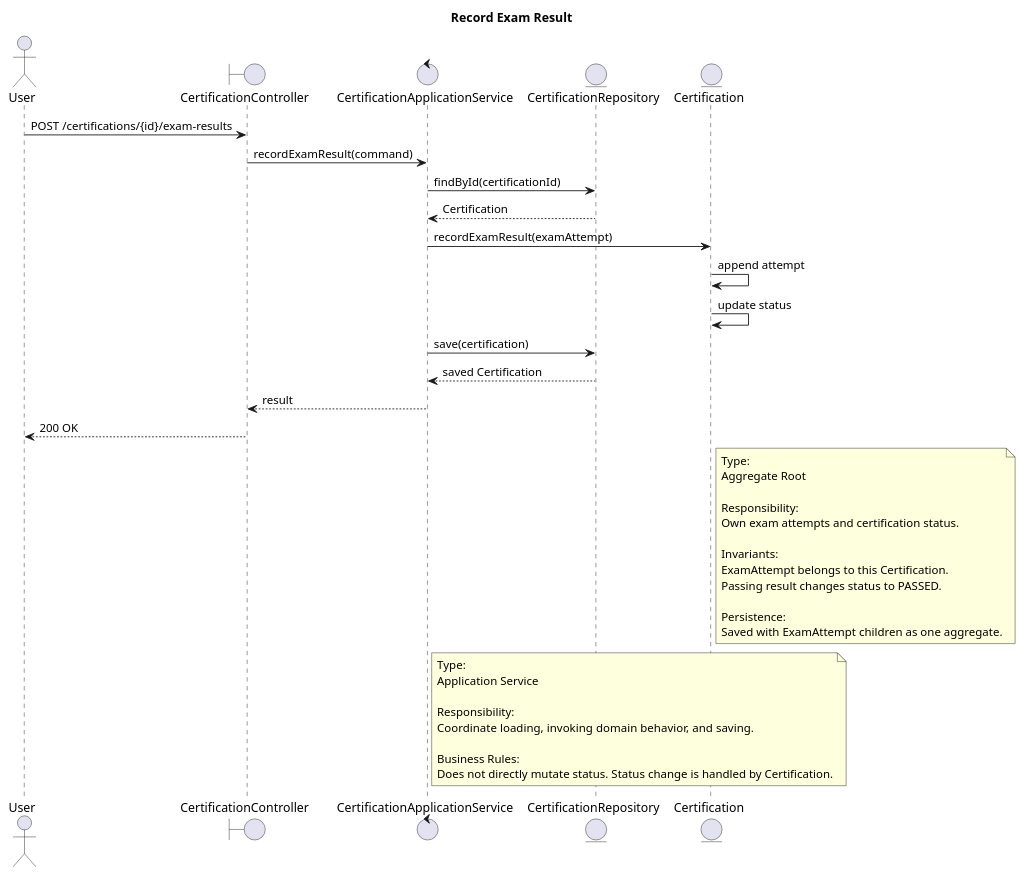
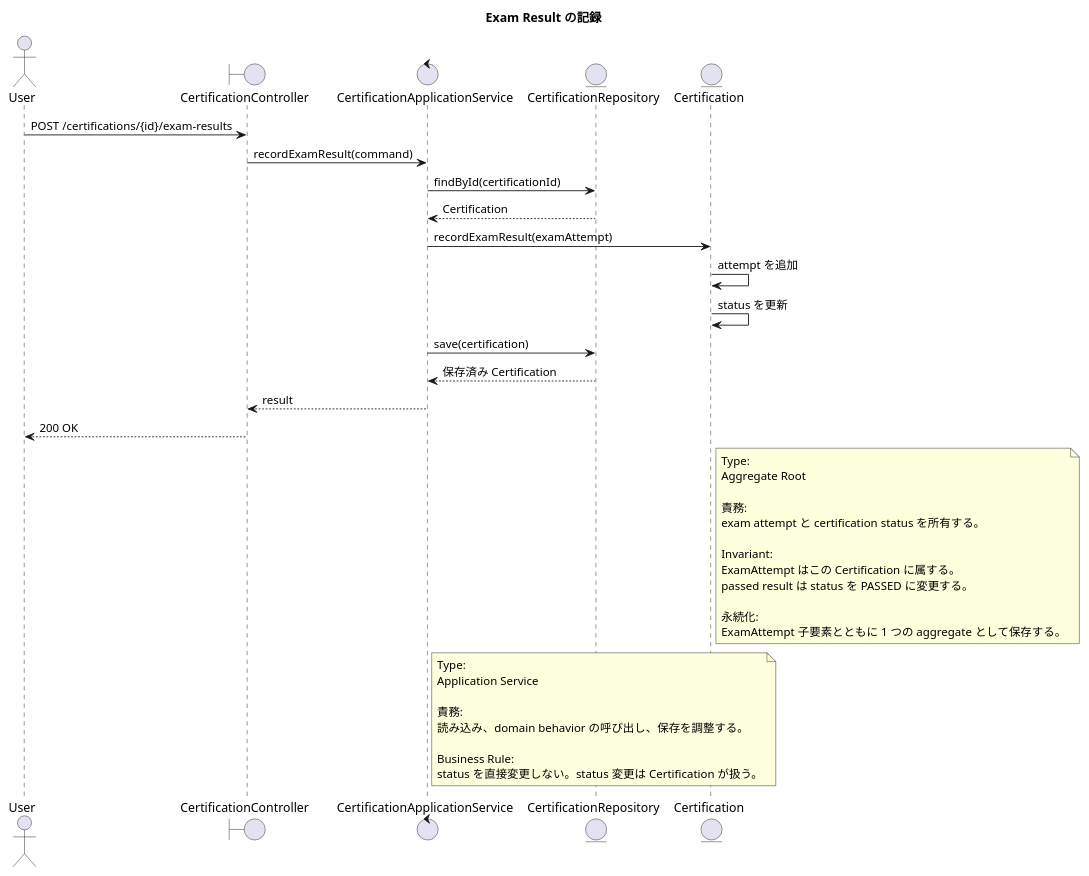
The diagram in docs/plantuml/sequence/record-exam-result.puml (watanabe-1/ai-ddd-devtrack), drawn with PlantUML before and after one commit. The commit also changed other lines of this file and 9 other files, not shown here.

```diff
--- a/docs/plantuml/sequence/record-exam-result.puml
+++ b/docs/plantuml/sequence/record-exam-result.puml
@@ -1,48 +1,48 @@
 @startuml
-title Record Exam Result
+title Exam Result の記録
 
 actor User
 boundary "CertificationController" as Controller
 control "CertificationApplicationService" as App
 entity "CertificationRepository" as Repo
 entity "Certification" as Certification
 
 User -> Controller : POST /certifications/{id}/exam-results
 Controller -> App : recordExamResult(command)
 App -> Repo : findById(certificationId)
 Repo --> App : Certification
 App -> Certification : recordExamResult(examAttempt)
-Certification -> Certification : append attempt
-Certification -> Certification : update status
+Certification -> Certification : attempt を追加
+Certification -> Certification : status を更新
 App -> Repo : save(certification)
-Repo --> App : saved Certification
+Repo --> App : 保存済み Certification
 App --> Controller : result
 Controller --> User : 200 OK
 
 note right of Certification
 Type:
 Aggregate Root
 
-Responsibility:
-Own exam attempts and certification status.
+責務:
+exam attempt と certification status を所有する。
 
-Invariants:
-ExamAttempt belongs to this Certification.
-Passing result changes status to PASSED.
+Invariant:
+ExamAttempt はこの Certification に属する。
+passed result は status を PASSED に変更する。
 
-Persistence:
-Saved with ExamAttempt children as one aggregate.
+永続化:
+ExamAttempt 子要素とともに 1 つの aggregate として保存する。
 end note
 
 note right of App
 Type:
 Application Service
 
-Responsibility:
-Coordinate loading, invoking domain behavior, and saving.
+責務:
+読み込み、domain behavior の呼び出し、保存を調整する。
 
-Business Rules:
-Does not directly mutate status. Status change is handled by Certification.
+Business Rule:
+status を直接変更しない。status 変更は Certification が扱う。
 end note
 
 @enduml
```
